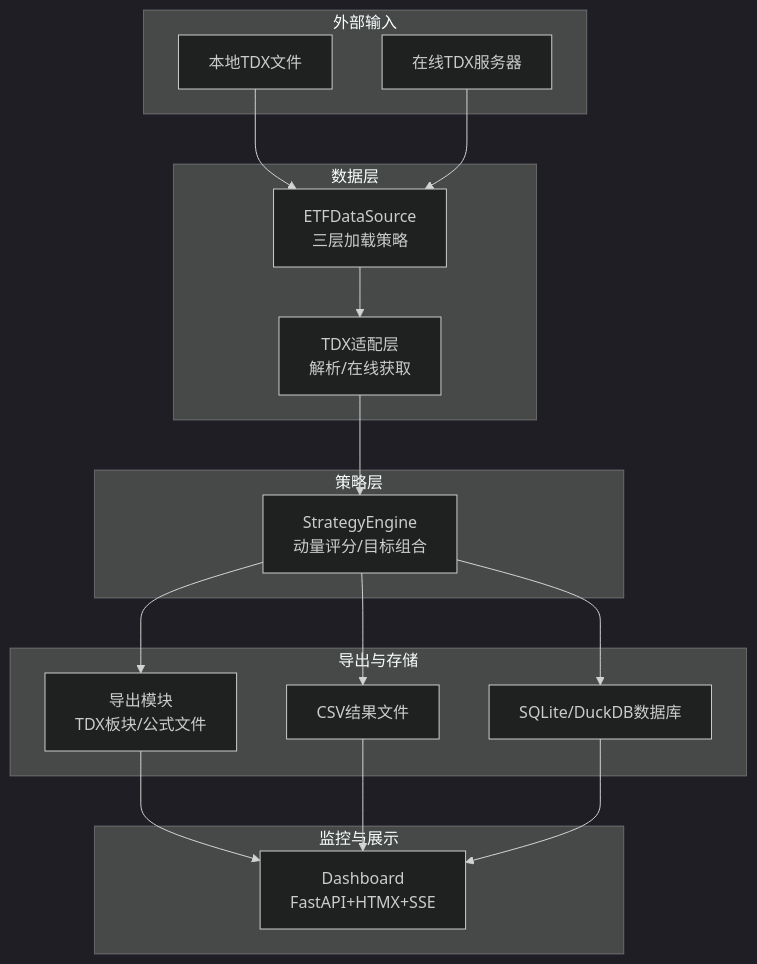
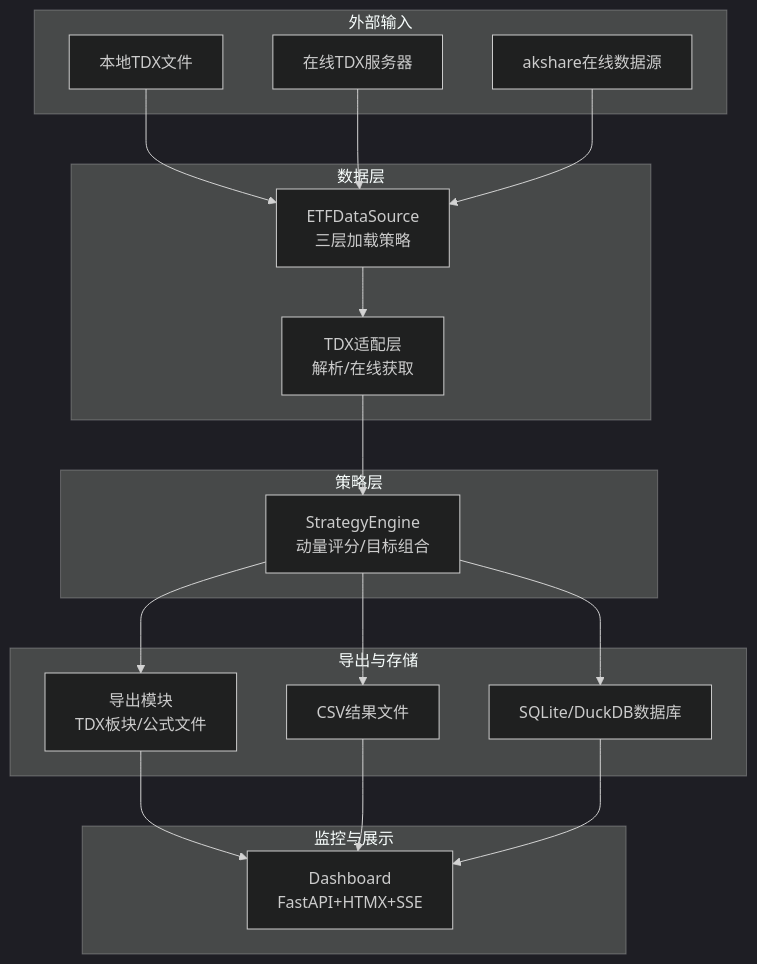
One commit to ldeng76/quant-ETF changed the second of 7 diagrams in .qoder/repowiki/zh/content/项目概述.md. Above: the diagram before and after it, drawn with Mermaid (dark theme). The commit also changed other lines of this file and 11 other files, not shown here.

````diff
--- a/.qoder/repowiki/zh/content/项目概述.md
+++ b/.qoder/repowiki/zh/content/项目概述.md
@@ -105,32 +108,34 @@
 ```mermaid
 graph TB
 subgraph "外部输入"
 TDXFile["本地TDX文件"]
 Online["在线TDX服务器"]
+Akshare["akshare在线数据源"]
 end
 subgraph "数据层"
 DS["ETFDataSource<br/>三层加载策略"]
 TDX["TDX适配层<br/>解析/在线获取"]
 end
 subgraph "策略层"
 Strat["StrategyEngine<br/>动量评分/目标组合"]
 end
 subgraph "导出与存储"
 Export["导出模块<br/>TDX板块/公式文件"]
 CSV["CSV结果文件"]
 DB["SQLite/DuckDB数据库"]
 end
 subgraph "监控与展示"
 Dash["Dashboard<br/>FastAPI+HTMX+SSE"]
 end
 TDXFile --> DS
 Online --> DS
+Akshare --> DS
 DS --> TDX
 TDX --> Strat
 Strat --> Export
 Strat --> CSV
 Strat --> DB
 Export --> Dash
 CSV --> Dash
 DB --> Dash
 ```
````
